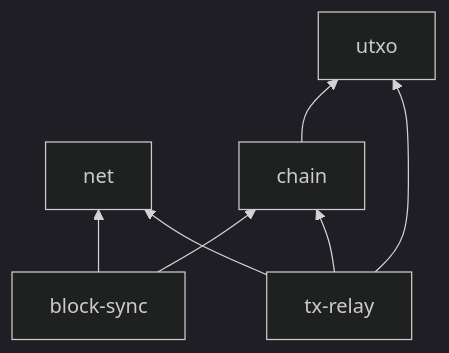
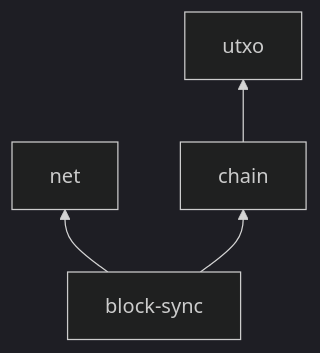
The third of 3 diagrams in docs/architecture/overview.md (RustBTCD/btcd), drawn with Mermaid (dark theme) before and after one commit. The commit also changed other lines of this file and 31 other files, not shown here.

````diff
--- a/docs/architecture/overview.md
+++ b/docs/architecture/overview.md
@@ -75,11 +68,8 @@
 ```mermaid
 flowchart BT
     utxo["utxo"]
     net["net"]
     chain["chain"] --> utxo
     bs["block-sync"] --> chain
     bs --> net
-    tr["tx-relay"] --> utxo
-    tr --> chain
-    tr --> net
 ```
````
